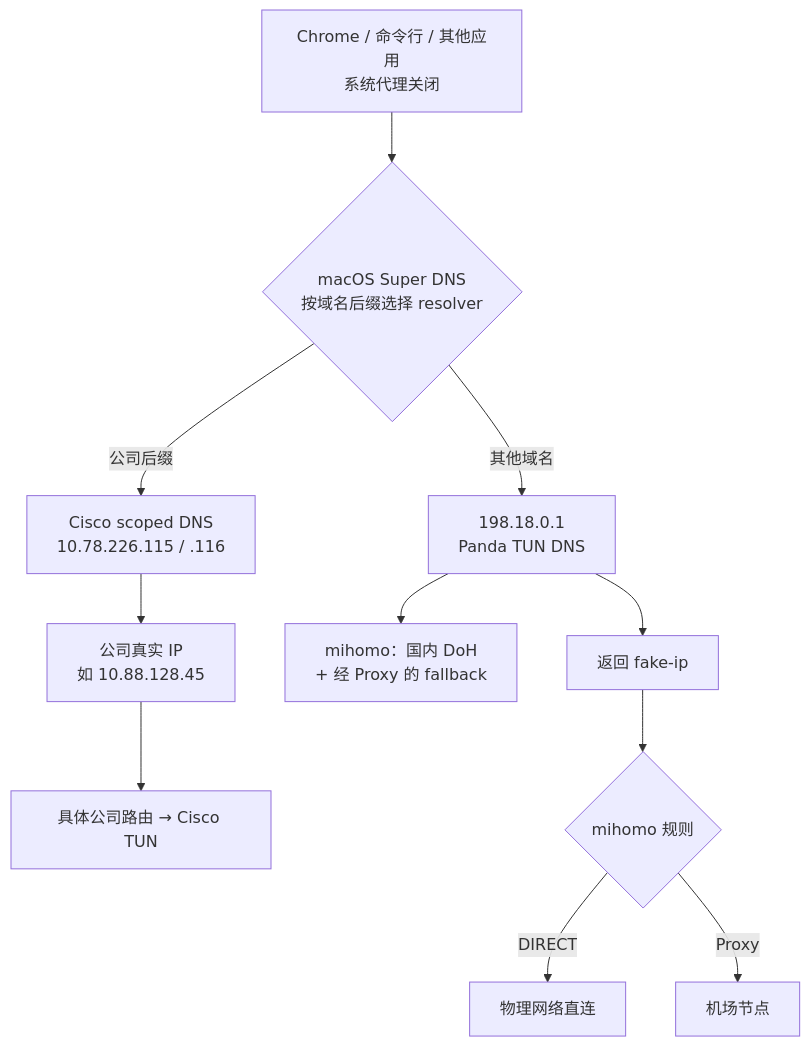
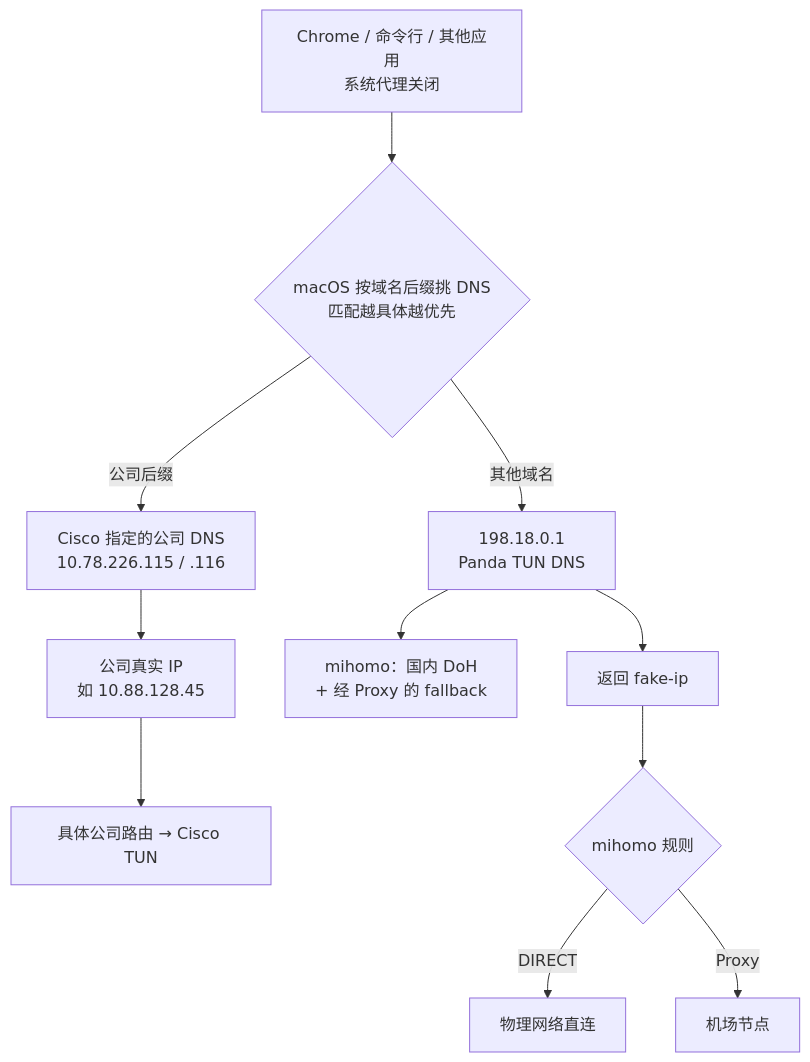
One commit to puppylpg/puppylpg.github.io changed diagram 11 of 13 in _posts/2026-08-09-tun-proxy-dns-chain.md. Above: the diagram before and after it, drawn with Mermaid. The commit also changed other lines of this file and 1 other file, not shown here.

First line of the commit message:
重构代理/VPN 与 DNS 两篇文章：先知识后场景，互为前后篇

````diff
--- a/_posts/2026-08-09-tun-proxy-dns-chain.md
+++ b/_posts/2026-08-09-tun-proxy-dns-chain.md
@@ -267,14 +445,14 @@
 ```mermaid
 flowchart TD
-    APP["Chrome / 命令行 / 其他应用<br>系统代理关闭"] --> SDNS{"macOS Super DNS<br>按域名后缀选择 resolver"}
-    SDNS -->|"公司后缀"| CDNS["Cisco scoped DNS<br>10.78.226.115 / .116"]
+    APP["Chrome / 命令行 / 其他应用<br>系统代理关闭"] --> SDNS{"macOS 按域名后缀挑 DNS<br>匹配越具体越优先"}
+    SDNS -->|"公司后缀"| CDNS["Cisco 指定的公司 DNS<br>10.78.226.115 / .116"]
     CDNS --> CIP["公司真实 IP<br>如 10.88.128.45"]
     CIP --> CRT["具体公司路由 → Cisco TUN"]
 
     SDNS -->|"其他域名"| PDNS["198.18.0.1<br>Panda TUN DNS"]
     PDNS --> DOH["mihomo：国内 DoH<br>+ 经 Proxy 的 fallback"]
     PDNS --> FIP["返回 fake-ip"]
     FIP --> RULE{"mihomo 规则"}
     RULE -->|"DIRECT"| DIRECT["物理网络直连"]
     RULE -->|"Proxy"| NODE["机场节点"]
 ```
````
